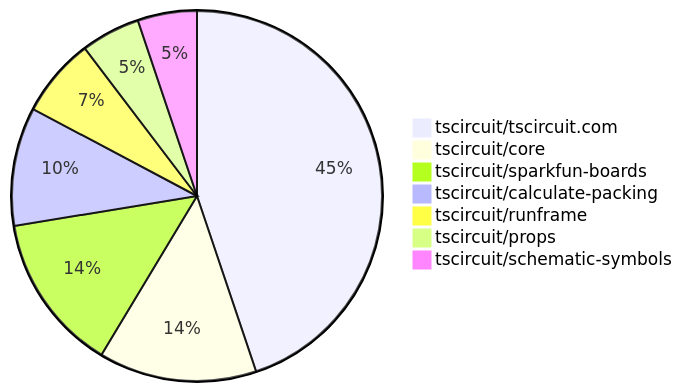
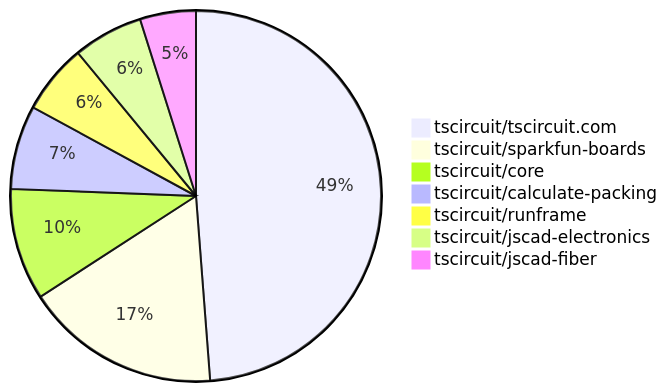
Before and after one commit to tscircuit/contribution-tracker: the second of 2 diagrams in README.md, drawn with Mermaid. The commit also changed other lines of this file and 3 other files, not shown here.

````diff
--- a/README.md
+++ b/README.md
@@ -99,10 +102,10 @@
 ```mermaid
 pie
-    "tscircuit/tscircuit.com" : 26
+    "tscircuit/tscircuit.com" : 40
+    "tscircuit/sparkfun-boards" : 14
     "tscircuit/core" : 8
-    "tscircuit/sparkfun-boards" : 8
     "tscircuit/calculate-packing" : 6
-    "tscircuit/runframe" : 4
-    "tscircuit/props" : 3
-    "tscircuit/schematic-symbols" : 3
+    "tscircuit/runframe" : 5
+    "tscircuit/jscad-electronics" : 5
+    "tscircuit/jscad-fiber" : 4
 ```
````
